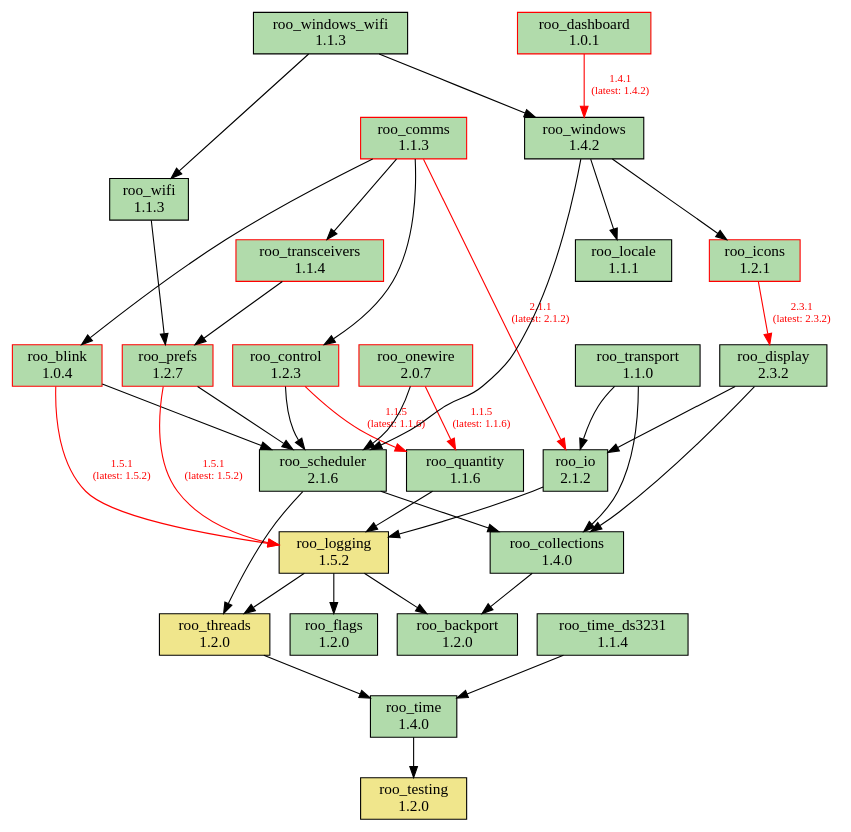
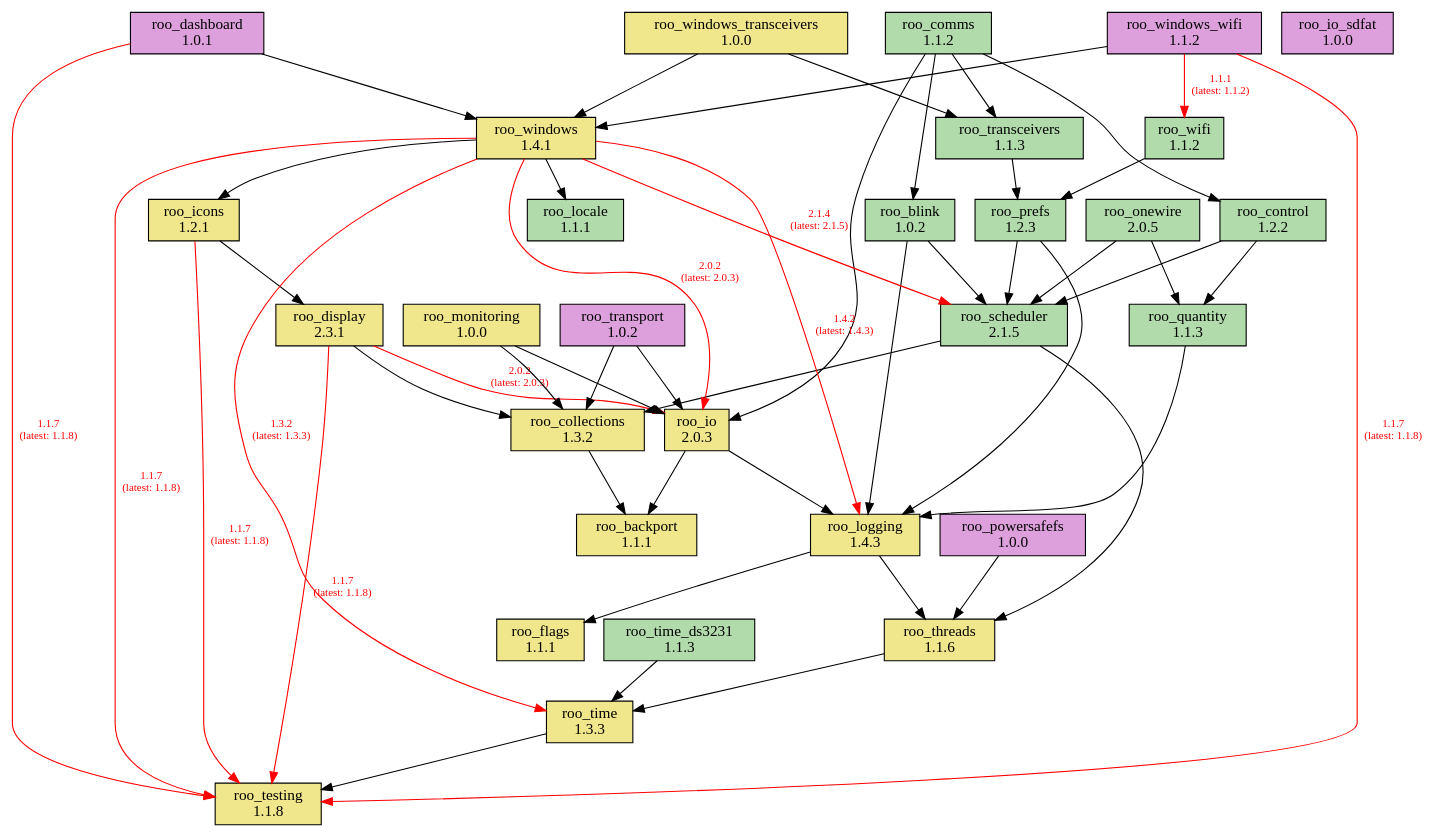
One commit to dejwk/roo-registry changed the diagram in doc/dependencies.dot. Above: the diagram before and after it, drawn with Graphviz. The commit also changed 2 other files, not shown here.

```diff
--- a/doc/dependencies.dot
+++ b/doc/dependencies.dot
@@ -1,70 +1,87 @@
 digraph dependencies {
     rankdir=TB;
     node [shape=box, style=filled];
     edge [fontsize=10];
 
     // Modules
-    "roo_backport" [label="roo_backport\n1.2.0", fillcolor="#b1dbab", color="black"];
-    "roo_blink" [label="roo_blink\n1.0.4", fillcolor="#b1dbab", color="red"];
-    "roo_collections" [label="roo_collections\n1.4.0", fillcolor="#b1dbab", color="black"];
-    "roo_comms" [label="roo_comms\n1.1.3", fillcolor="#b1dbab", color="red"];
-    "roo_control" [label="roo_control\n1.2.3", fillcolor="#b1dbab", color="red"];
-    "roo_dashboard" [label="roo_dashboard\n1.0.1", fillcolor="#b1dbab", color="red"];
-    "roo_display" [label="roo_display\n2.3.2", fillcolor="#b1dbab", color="black"];
-    "roo_flags" [label="roo_flags\n1.2.0", fillcolor="#b1dbab", color="black"];
-    "roo_icons" [label="roo_icons\n1.2.1", fillcolor="#b1dbab", color="red"];
-    "roo_io" [label="roo_io\n2.1.2", fillcolor="#b1dbab", color="black"];
-    "roo_locale" [label="roo_locale\n1.1.1", fillcolor="#b1dbab", color="black"];
-    "roo_logging" [label="roo_logging\n1.5.2", fillcolor="khaki", color="black"];
-    "roo_onewire" [label="roo_onewire\n2.0.7", fillcolor="#b1dbab", color="red"];
-    "roo_prefs" [label="roo_prefs\n1.2.7", fillcolor="#b1dbab", color="red"];
-    "roo_quantity" [label="roo_quantity\n1.1.6", fillcolor="#b1dbab", color="black"];
-    "roo_scheduler" [label="roo_scheduler\n2.1.6", fillcolor="#b1dbab", color="black"];
-    "roo_testing" [label="roo_testing\n1.2.0", fillcolor="khaki", color="black"];
-    "roo_threads" [label="roo_threads\n1.2.0", fillcolor="khaki", color="black"];
-    "roo_time" [label="roo_time\n1.4.0", fillcolor="#b1dbab", color="black"];
-    "roo_time_ds3231" [label="roo_time_ds3231\n1.1.4", fillcolor="#b1dbab", color="black"];
-    "roo_transceivers" [label="roo_transceivers\n1.1.4", fillcolor="#b1dbab", color="red"];
-    "roo_transport" [label="roo_transport\n1.1.0", fillcolor="#b1dbab", color="black"];
-    "roo_wifi" [label="roo_wifi\n1.1.3", fillcolor="#b1dbab", color="black"];
-    "roo_windows" [label="roo_windows\n1.4.2", fillcolor="#b1dbab", color="black"];
-    "roo_windows_wifi" [label="roo_windows_wifi\n1.1.3", fillcolor="#b1dbab", color="black"];
+    "roo_backport" [label="roo_backport\n1.1.1", fillcolor="khaki"];
+    "roo_blink" [label="roo_blink\n1.0.2", fillcolor="#b1dbab"];
+    "roo_collections" [label="roo_collections\n1.3.2", fillcolor="khaki"];
+    "roo_comms" [label="roo_comms\n1.1.2", fillcolor="#b1dbab"];
+    "roo_control" [label="roo_control\n1.2.2", fillcolor="#b1dbab"];
+    "roo_dashboard" [label="roo_dashboard\n1.0.1", fillcolor="plum"];
+    "roo_display" [label="roo_display\n2.3.1", fillcolor="khaki"];
+    "roo_flags" [label="roo_flags\n1.1.1", fillcolor="khaki"];
+    "roo_icons" [label="roo_icons\n1.2.1", fillcolor="khaki"];
+    "roo_io" [label="roo_io\n2.0.3", fillcolor="khaki"];
+    "roo_io_sdfat" [label="roo_io_sdfat\n1.0.0", fillcolor="plum"];
+    "roo_locale" [label="roo_locale\n1.1.1", fillcolor="#b1dbab"];
+    "roo_logging" [label="roo_logging\n1.4.3", fillcolor="khaki"];
+    "roo_monitoring" [label="roo_monitoring\n1.0.0", fillcolor="khaki"];
+    "roo_onewire" [label="roo_onewire\n2.0.5", fillcolor="#b1dbab"];
+    "roo_powersafefs" [label="roo_powersafefs\n1.0.0", fillcolor="plum"];
+    "roo_prefs" [label="roo_prefs\n1.2.3", fillcolor="#b1dbab"];
+    "roo_quantity" [label="roo_quantity\n1.1.3", fillcolor="#b1dbab"];
+    "roo_scheduler" [label="roo_scheduler\n2.1.5", fillcolor="#b1dbab"];
+    "roo_testing" [label="roo_testing\n1.1.8", fillcolor="khaki"];
+    "roo_threads" [label="roo_threads\n1.1.6", fillcolor="khaki"];
+    "roo_time" [label="roo_time\n1.3.3", fillcolor="khaki"];
+    "roo_time_ds3231" [label="roo_time_ds3231\n1.1.3", fillcolor="#b1dbab"];
+    "roo_transceivers" [label="roo_transceivers\n1.1.3", fillcolor="#b1dbab"];
+    "roo_transport" [label="roo_transport\n1.0.2", fillcolor="plum"];
+    "roo_wifi" [label="roo_wifi\n1.1.2", fillcolor="#b1dbab"];
+    "roo_windows" [label="roo_windows\n1.4.1", fillcolor="khaki"];
+    "roo_windows_transceivers" [label="roo_windows_transceivers\n1.0.0", fillcolor="khaki"];
+    "roo_windows_wifi" [label="roo_windows_wifi\n1.1.2", fillcolor="plum"];
 
     // Dependencies
-    "roo_blink" -> "roo_logging" [color=red, fontcolor=red, label="1.5.1\n(latest: 1.5.2)"];
+    "roo_blink" -> "roo_logging";
     "roo_blink" -> "roo_scheduler";
     "roo_collections" -> "roo_backport";
     "roo_comms" -> "roo_blink";
     "roo_comms" -> "roo_control";
-    "roo_comms" -> "roo_io" [color=red, fontcolor=red, label="2.1.1\n(latest: 2.1.2)"];
+    "roo_comms" -> "roo_io";
     "roo_comms" -> "roo_transceivers";
-    "roo_control" -> "roo_quantity" [color=red, fontcolor=red, label="1.1.5\n(latest: 1.1.6)"];
+    "roo_control" -> "roo_quantity";
     "roo_control" -> "roo_scheduler";
-    "roo_dashboard" -> "roo_windows" [color=red, fontcolor=red, label="1.4.1\n(latest: 1.4.2)"];
+    "roo_dashboard" -> "roo_testing" [color=red, fontcolor=red, label="1.1.7\n(latest: 1.1.8)"];
+    "roo_dashboard" -> "roo_windows";
+    "roo_display" -> "roo_testing" [color=red, fontcolor=red, label="1.1.7\n(latest: 1.1.8)"];
     "roo_display" -> "roo_collections";
-    "roo_display" -> "roo_io";
-    "roo_icons" -> "roo_display" [color=red, fontcolor=red, label="2.3.1\n(latest: 2.3.2)"];
+    "roo_display" -> "roo_io" [color=red, fontcolor=red, label="2.0.2\n(latest: 2.0.3)"];
+    "roo_icons" -> "roo_testing" [color=red, fontcolor=red, label="1.1.7\n(latest: 1.1.8)"];
+    "roo_icons" -> "roo_display";
+    "roo_io" -> "roo_backport";
     "roo_io" -> "roo_logging";
-    "roo_logging" -> "roo_backport";
     "roo_logging" -> "roo_flags";
     "roo_logging" -> "roo_threads";
+    "roo_monitoring" -> "roo_collections";
+    "roo_monitoring" -> "roo_io";
     "roo_onewire" -> "roo_scheduler";
-    "roo_onewire" -> "roo_quantity" [color=red, fontcolor=red, label="1.1.5\n(latest: 1.1.6)"];
-    "roo_prefs" -> "roo_logging" [color=red, fontcolor=red, label="1.5.1\n(latest: 1.5.2)"];
+    "roo_onewire" -> "roo_quantity";
+    "roo_powersafefs" -> "roo_threads";
+    "roo_prefs" -> "roo_logging";
     "roo_prefs" -> "roo_scheduler";
     "roo_quantity" -> "roo_logging";
     "roo_scheduler" -> "roo_collections";
     "roo_scheduler" -> "roo_threads";
     "roo_threads" -> "roo_time";
     "roo_time" -> "roo_testing";
     "roo_time_ds3231" -> "roo_time";
     "roo_transceivers" -> "roo_prefs";
     "roo_transport" -> "roo_collections";
     "roo_transport" -> "roo_io";
     "roo_wifi" -> "roo_prefs";
+    "roo_windows" -> "roo_testing" [color=red, fontcolor=red, label="1.1.7\n(latest: 1.1.8)"];
     "roo_windows" -> "roo_locale";
+    "roo_windows" -> "roo_logging" [color=red, fontcolor=red, label="1.4.2\n(latest: 1.4.3)"];
     "roo_windows" -> "roo_icons";
-    "roo_windows" -> "roo_scheduler";
-    "roo_windows_wifi" -> "roo_wifi";
+    "roo_windows" -> "roo_io" [color=red, fontcolor=red, label="2.0.2\n(latest: 2.0.3)"];
+    "roo_windows" -> "roo_scheduler" [color=red, fontcolor=red, label="2.1.4\n(latest: 2.1.5)"];
+    "roo_windows" -> "roo_time" [color=red, fontcolor=red, label="1.3.2\n(latest: 1.3.3)"];
+    "roo_windows_transceivers" -> "roo_transceivers";
+    "roo_windows_transceivers" -> "roo_windows";
+    "roo_windows_wifi" -> "roo_testing" [color=red, fontcolor=red, label="1.1.7\n(latest: 1.1.8)"];
+    "roo_windows_wifi" -> "roo_wifi" [color=red, fontcolor=red, label="1.1.1\n(latest: 1.1.2)"];
     "roo_windows_wifi" -> "roo_windows";
 }
```
